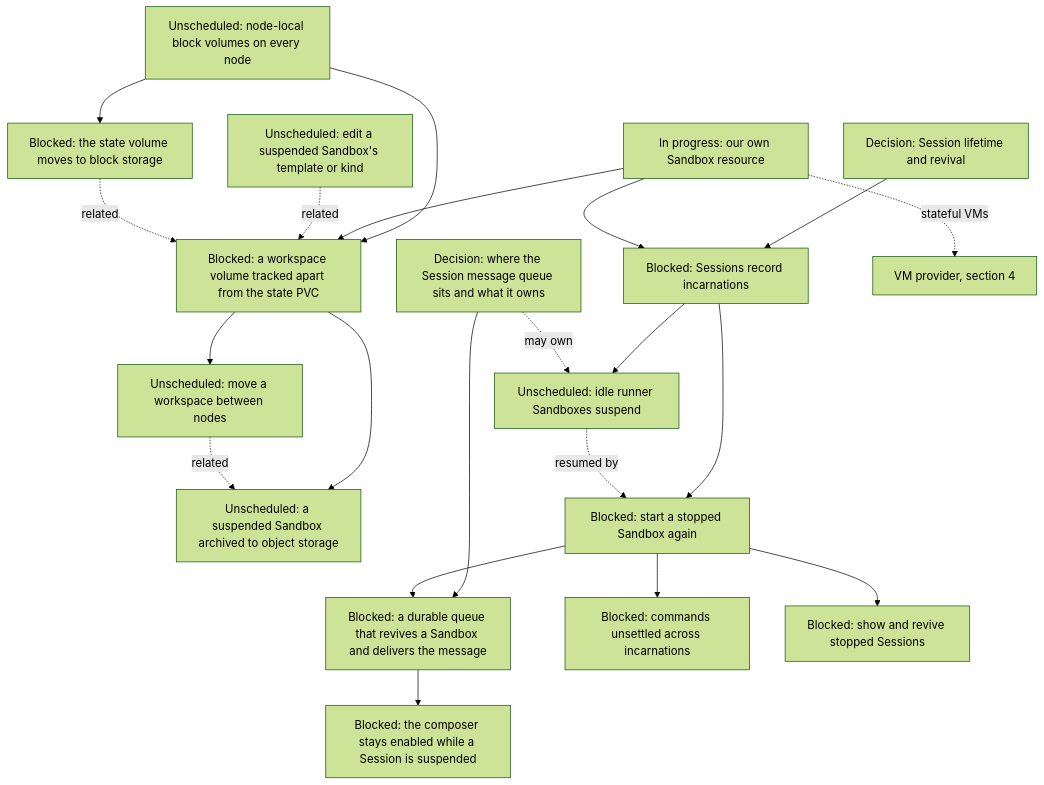
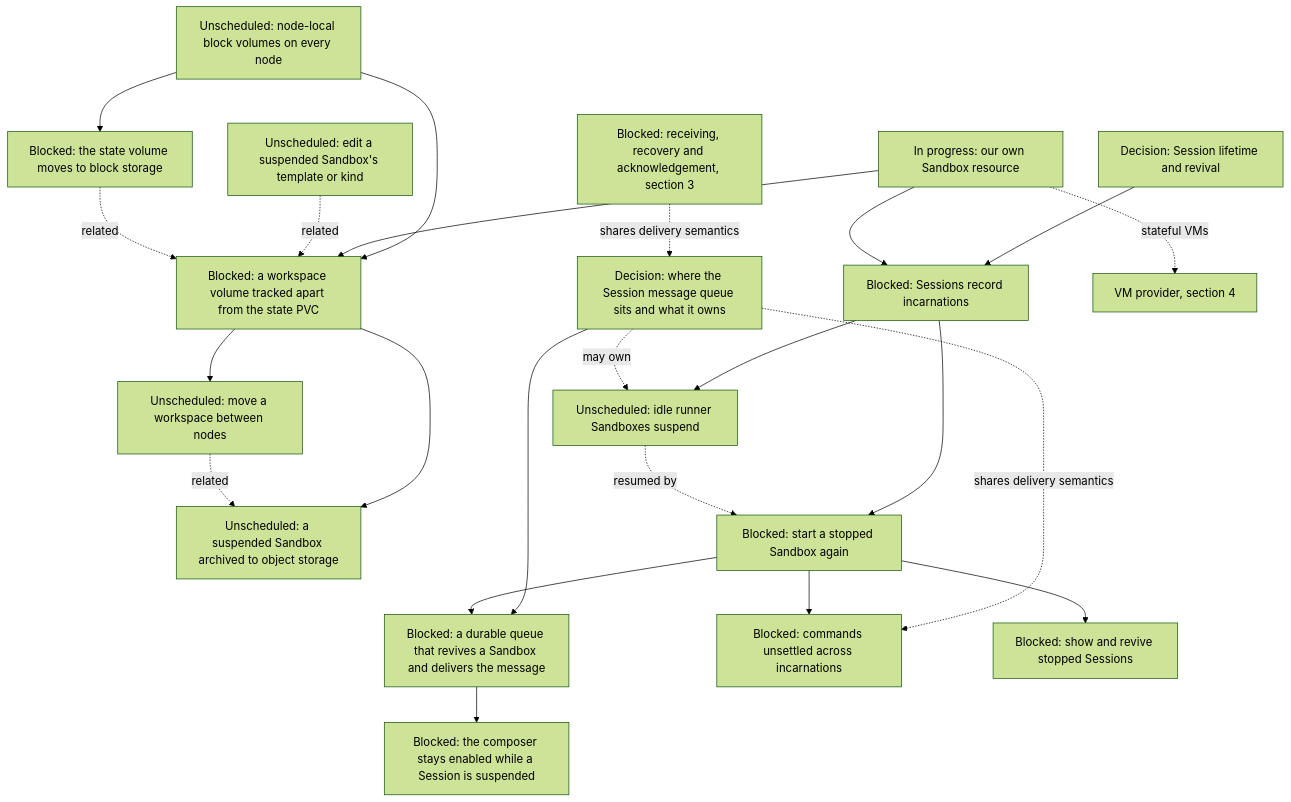
One commit to agentydragon/ducktape changed the ninth of 15 diagrams in agentplane/plans/task_dag.md. Above: the diagram before and after it, drawn with Mermaid (forest theme). The commit also changed other lines of this file, not shown here.

First line of the commit message:
agentplane: split AGENT_PERMISSION_REQUESTS and link the shared delivery and card concerns in the task DAG

````diff
--- a/agentplane/plans/task_dag.md
+++ b/agentplane/plans/task_dag.md
@@ -663,39 +677,41 @@
 ```mermaid
 flowchart TD
     DURABLE_SESSION_LIFECYCLE[Decision: Session lifetime and revival]
     STATE_VOLUME_BLOCK[Blocked: the state volume moves to block storage]
     NODE_LOCAL_BLOCK_STORAGE[Unscheduled: node-local block volumes on every node]
     WORKSPACE_VOLUME[Blocked: a workspace volume tracked apart from the state PVC]
     SANDBOX_SPEC_EDIT[Unscheduled: edit a suspended Sandbox's template or kind]
     WORKSPACE_NODE_PORTABILITY[Unscheduled: move a workspace between nodes]
     SANDBOX_ARCHIVE[Unscheduled: a suspended Sandbox archived to object storage]
     AGENTPLANE_SANDBOX_RESOURCE[In progress: our own Sandbox resource]
     SESSION_INCARNATIONS[Blocked: Sessions record incarnations]
     SESSION_REVIVE[Blocked: start a stopped Sandbox again]
     SESSION_QUEUE_DESIGN[Decision: where the Session message queue sits and what it owns]
     SESSION_MESSAGE_QUEUE[Blocked: a durable queue that revives a Sandbox and delivers the message]
     SUSPENDED_COMPOSER[Blocked: the composer stays enabled while a Session is suspended]
     THREAD_SUCCESSOR_DELIVERY[Blocked: commands unsettled across incarnations]
     HOSTED_THREAD_SURFACES[Blocked: show and revive stopped Sessions]
     VM_PROVIDER[VM provider, section 4]
     DURABLE_SESSION_LIFECYCLE --> SESSION_INCARNATIONS
     NODE_LOCAL_BLOCK_STORAGE --> STATE_VOLUME_BLOCK
     NODE_LOCAL_BLOCK_STORAGE --> WORKSPACE_VOLUME
     AGENTPLANE_SANDBOX_RESOURCE --> WORKSPACE_VOLUME
     WORKSPACE_VOLUME --> WORKSPACE_NODE_PORTABILITY
     WORKSPACE_VOLUME --> SANDBOX_ARCHIVE
     WORKSPACE_NODE_PORTABILITY -. related .-> SANDBOX_ARCHIVE
     SANDBOX_SPEC_EDIT -. related .-> WORKSPACE_VOLUME
     STATE_VOLUME_BLOCK -. related .-> WORKSPACE_VOLUME
     AGENTPLANE_SANDBOX_RESOURCE --> SESSION_INCARNATIONS
     AGENTPLANE_SANDBOX_RESOURCE -. stateful VMs .-> VM_PROVIDER
     SESSION_INCARNATIONS --> SESSION_REVIVE
     SESSION_INCARNATIONS --> SANDBOX_IDLE_EXPIRY[Unscheduled: idle runner Sandboxes suspend]
     SANDBOX_IDLE_EXPIRY -. resumed by .-> SESSION_REVIVE
     SESSION_QUEUE_DESIGN --> SESSION_MESSAGE_QUEUE
     SESSION_REVIVE --> SESSION_MESSAGE_QUEUE
     SESSION_MESSAGE_QUEUE --> SUSPENDED_COMPOSER
     SESSION_QUEUE_DESIGN -. may own .-> SANDBOX_IDLE_EXPIRY
+    SESSION_QUEUE_DESIGN -. shares delivery semantics .-> THREAD_SUCCESSOR_DELIVERY
+    AGENT_MESSAGE_RECEPTION[Blocked: receiving, recovery and acknowledgement, section 3] -. shares delivery semantics .-> SESSION_QUEUE_DESIGN
     SESSION_REVIVE --> THREAD_SUCCESSOR_DELIVERY
     SESSION_REVIVE --> HOSTED_THREAD_SURFACES
 ```
````
